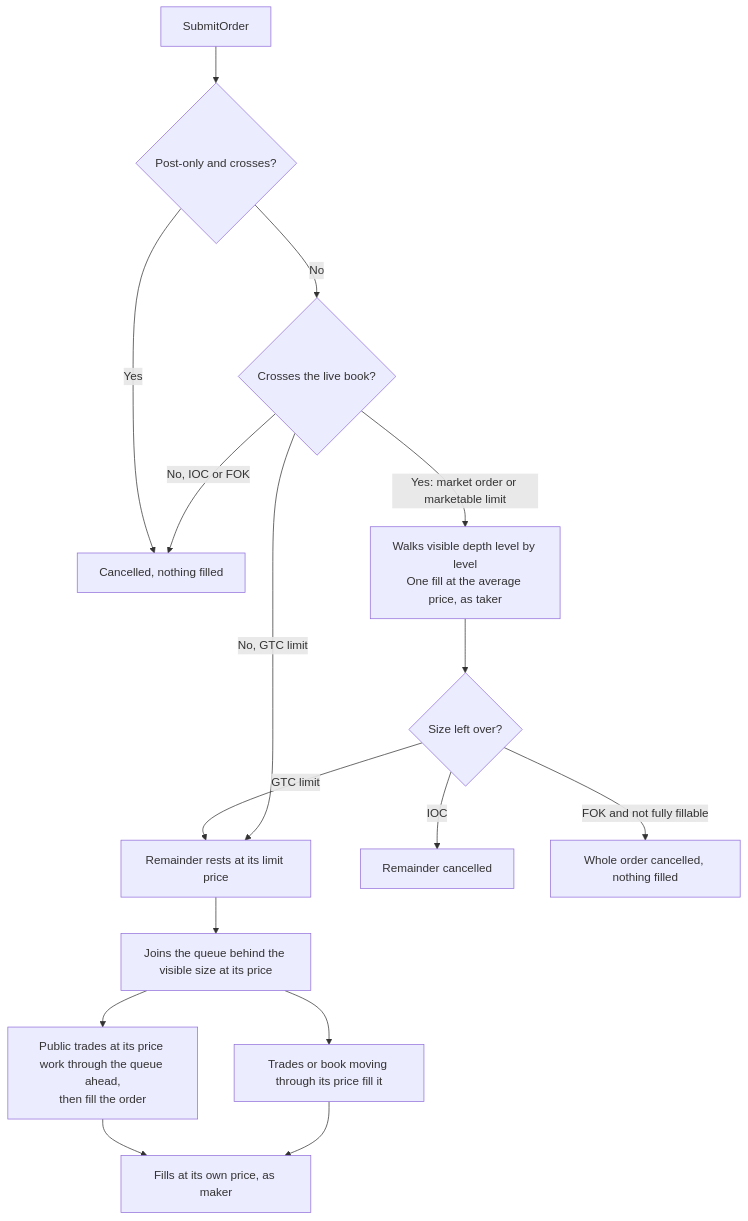
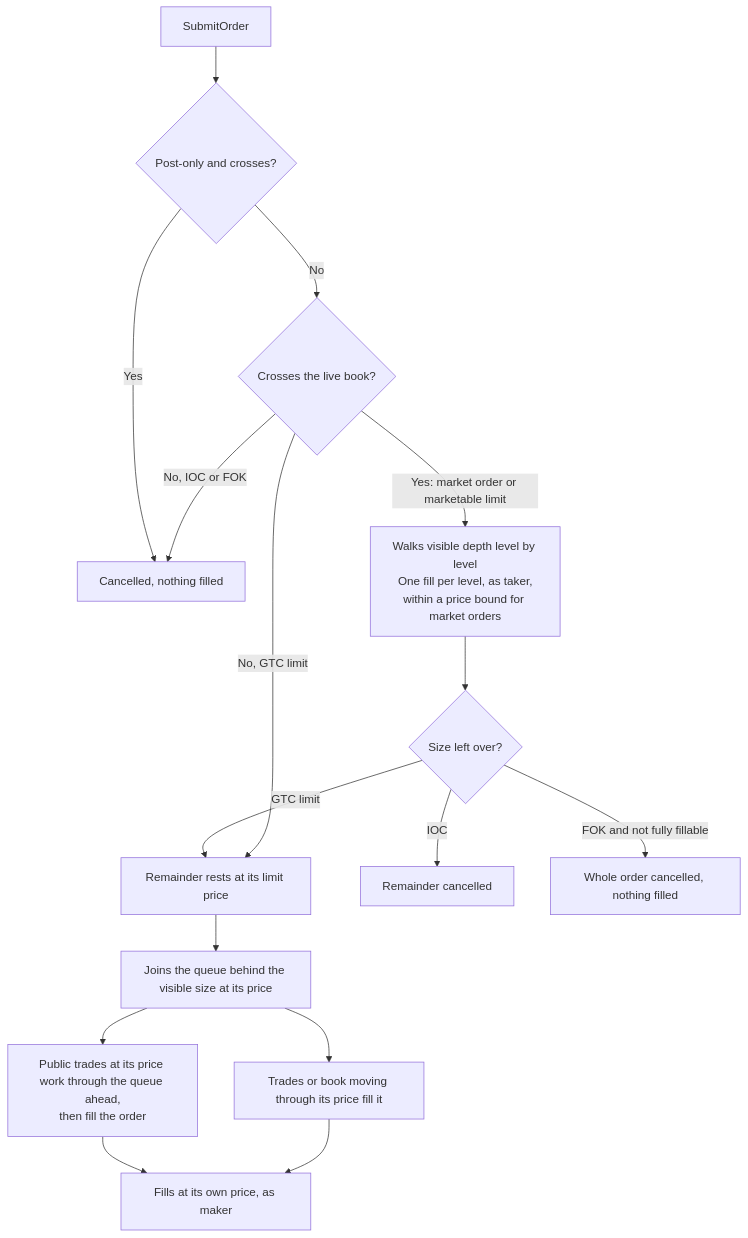
The diagram in paper/overview.mdx (Plurex/docs), drawn with Mermaid before and after one commit. The commit also changed other lines of this file and 10 other files, not shown here.

````diff
--- a/paper/overview.mdx
+++ b/paper/overview.mdx
@@ -151,18 +151,18 @@
 ```mermaid
 flowchart TD
     A[SubmitOrder] --> P{Post-only and crosses?}
     P -- Yes --> X[Cancelled, nothing filled]
     P -- No --> B{Crosses the live book?}
-    B -- "Yes: market order or marketable limit" --> C[Walks visible depth level by level<br/>One fill at the average price, as taker]
+    B -- "Yes: market order or marketable limit" --> C[Walks visible depth level by level<br/>One fill per level, as taker,<br/>within a price bound for market orders]
     C --> D{Size left over?}
     D -- "GTC limit" --> E[Remainder rests at its limit price]
     D -- "IOC" --> F[Remainder cancelled]
     D -- "FOK and not fully fillable" --> G[Whole order cancelled, nothing filled]
     B -- "No, IOC or FOK" --> X
     B -- "No, GTC limit" --> E
     E --> H[Joins the queue behind the visible size at its price]
     H --> I[Public trades at its price work through the queue ahead,<br/>then fill the order]
     H --> J[Trades or book moving through its price fill it]
     I --> K[Fills at its own price, as maker]
     J --> K
 ```
````
